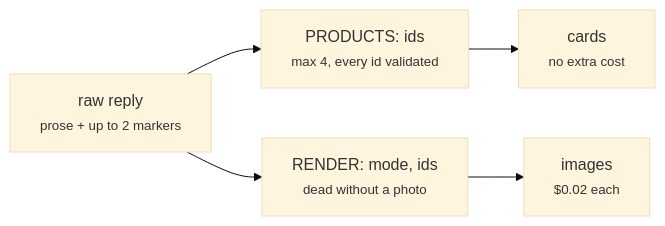
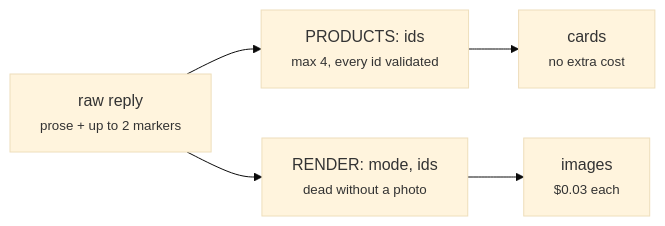
Before and after one commit to dhananjays-droid/comfortel: the second of 2 diagrams in GUIDE.md, drawn with Mermaid (base theme). The commit also changed other lines of this file and 3 other files, not shown here.

````diff
--- a/GUIDE.md
+++ b/GUIDE.md
@@ -110,7 +110,7 @@
 ```mermaid
 flowchart LR
     A["raw reply<br/><small>prose + up to 2 markers</small>"] --> M1["PRODUCTS: ids<br/><small>max 4, every id validated</small>"]
     A --> M2["RENDER: mode, ids<br/><small>dead without a photo</small>"]
     M1 --> C["cards<br/><small>no extra cost</small>"]
-    M2 --> R["images<br/><small>$0.02 each</small>"]
+    M2 --> R["images<br/><small>$0.03 each</small>"]
 ```
````
